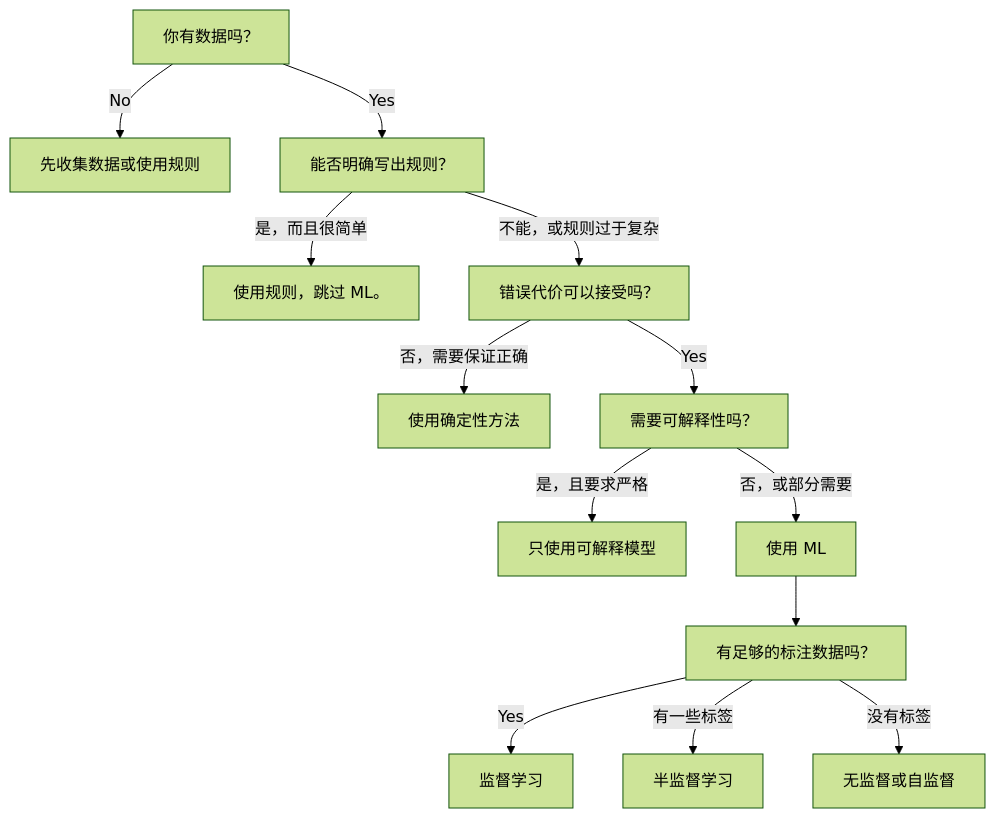
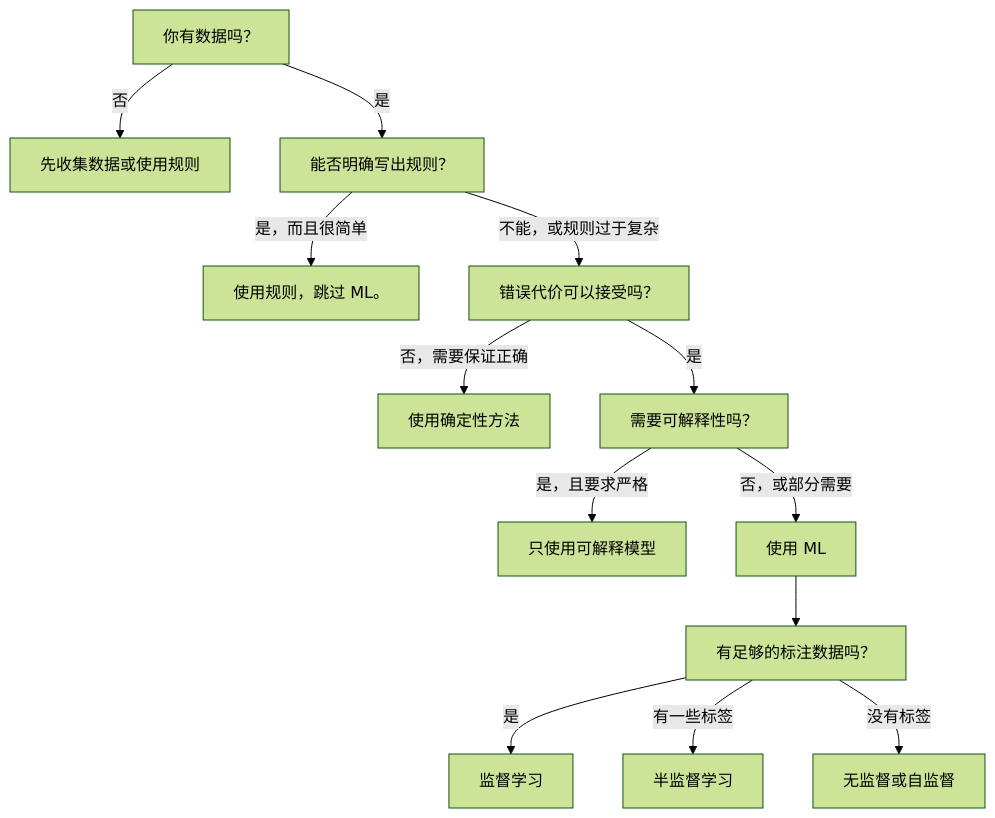
One commit to huangyue12120/Learning-Atlas changed the sixth of 6 diagrams in content/translations/practice/02-ml-fundamentals/01-what-is-machine-learning/zh.md. Above: the diagram before and after it, drawn with Mermaid (forest theme). The commit also changed other lines of this file and 24 other files, not shown here.

Commit message:
fix(reader): localize Mermaid in source content

````diff
--- a/content/translations/practice/02-ml-fundamentals/01-what-is-machine-learning/zh.md
+++ b/content/translations/practice/02-ml-fundamentals/01-what-is-machine-learning/zh.md
@@ -275,15 +275,15 @@
 ```mermaid
 flowchart TD
-    A["你有数据吗？"] -->|No| B["先收集数据或使用规则"]
-    A -->|Yes| C["能否明确写出规则？"]
+    A["你有数据吗？"] -->|否| B["先收集数据或使用规则"]
+    A -->|是| C["能否明确写出规则？"]
     C -->|"是，而且很简单"| D["使用规则，跳过 ML。"]
     C -->|"不能，或规则过于复杂"| E["错误代价可以接受吗？"]
     E -->|"否，需要保证正确"| F["使用确定性方法"]
-    E -->|Yes| G["需要可解释性吗？"]
+    E -->|是| G["需要可解释性吗？"]
     G -->|"是，且要求严格"| H["只使用可解释模型"]
     G -->|"否，或部分需要"| I["使用 ML"]
     I --> J["有足够的标注数据吗？"]
-    J -->|Yes| K["监督学习"]
+    J -->|是| K["监督学习"]
     J -->|"有一些标签"| L["半监督学习"]
     J -->|"没有标签"| M["无监督或自监督"]
 ```
````
